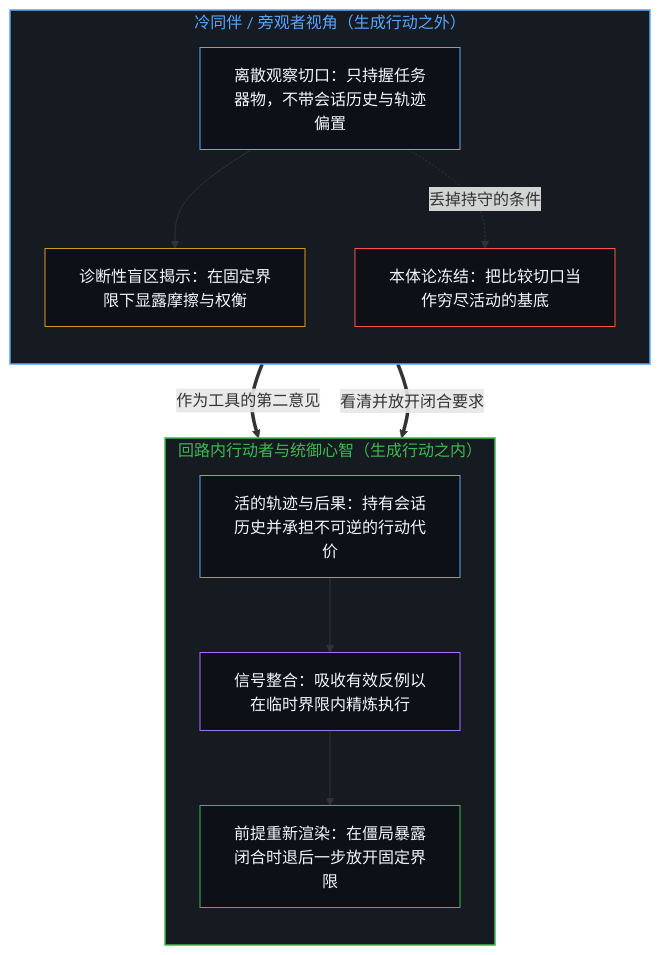
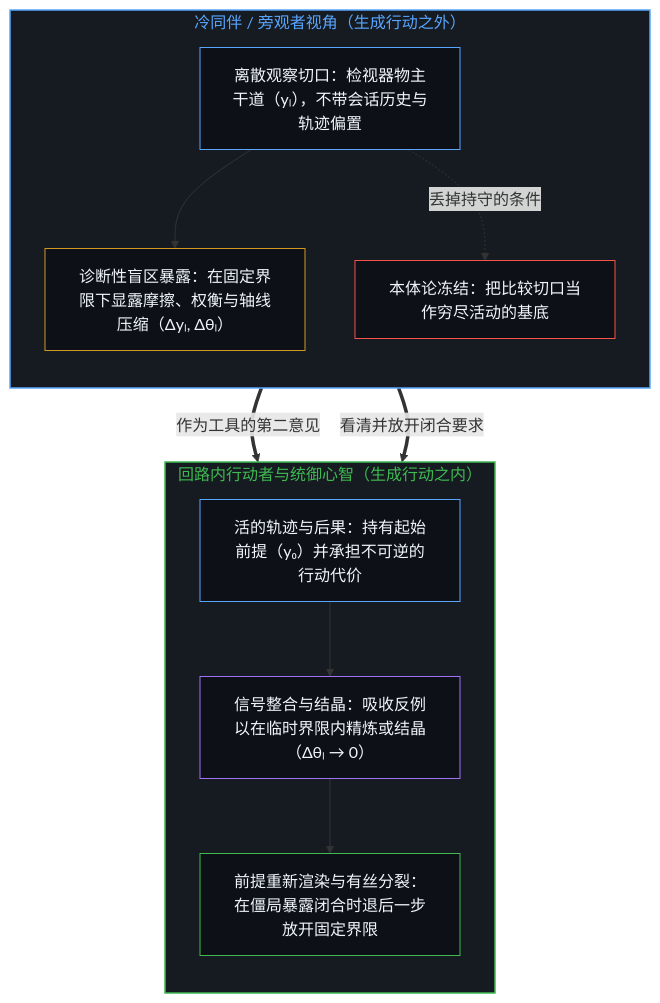
One commit to powerpig99/not-a-toe changed the first of 2 diagrams in content/posts/the-paradoxical-nature-of-bystander-insights.md. Above: the diagram before and after it, drawn with Mermaid. The commit also changed other lines of this file and 3 other files, not shown here.

````diff
--- a/content/posts/the-paradoxical-nature-of-bystander-insights.md
+++ b/content/posts/the-paradoxical-nature-of-bystander-insights.md
@@ -67,31 +67,28 @@
 ```mermaid
 flowchart TD
     subgraph S_Bystander["冷同伴 / 旁观者视角（生成行动之外）"]
         direction TB
-        B_Cut["离散观察切口：只持握任务器物，不带会话历史与轨迹偏置"]
-        B_Signal["诊断性盲区揭示：在固定界限下显露摩擦与权衡"]
+        B_Cut["离散观察切口：检视器物主干道（yₗ），不带会话历史与轨迹偏置"]
+        B_Signal["诊断性盲区暴露：在固定界限下显露摩擦、权衡与轴线压缩（Δyₗ, Δθₗ）"]
         B_Freeze["本体论冻结：把比较切口当作穷尽活动的基底"]
         B_Cut --> B_Signal
         B_Cut -.->|"丢掉持守的条件"| B_Freeze
     end
-
     subgraph S_Actor["回路内行动者与统御心智（生成行动之内）"]
         direction TB
-        A_History["活的轨迹与后果：持有会话历史并承担不可逆的行动代价"]
-        A_Integrate["信号整合：吸收有效反例以在临时界限内精炼执行"]
-        A_Expand["前提重新渲染：在僵局暴露闭合时退后一步放开固定界限"]
+        A_History["活的轨迹与后果：持有起始前提（y₀）并承担不可逆的行动代价"]
+        A_Integrate["信号整合与结晶：吸收反例以在临时界限内精炼或结晶（Δθₗ → 0）"]
+        A_Expand["前提重新渲染与有丝分裂：在僵局暴露闭合时退后一步放开固定界限"]
         A_History --> A_Integrate --> A_Expand
     end
-
     B_Signal ==>|"作为工具的第二意见"| A_Integrate
     B_Freeze ==>|"看清并放开闭合要求"| A_Expand
-
     style S_Bystander fill:#161b22,stroke:#58a6ff,stroke-width:1.5px,color:#58a6ff
     style S_Actor fill:#161b22,stroke:#3fb950,stroke-width:1.5px,color:#3fb950
     style B_Cut fill:#0d1117,stroke:#58a6ff,stroke-width:1px,color:#f0f6fc
     style B_Signal fill:#0d1117,stroke:#d29922,stroke-width:1px,color:#f0f6fc
     style B_Freeze fill:#0d1117,stroke:#f85149,stroke-width:1px,color:#f0f6fc
     style A_History fill:#0d1117,stroke:#58a6ff,stroke-width:1px,color:#f0f6fc
     style A_Integrate fill:#0d1117,stroke:#a371f7,stroke-width:1px,color:#f0f6fc
     style A_Expand fill:#0d1117,stroke:#3fb950,stroke-width:1px,color:#f0f6fc
 ```
````
